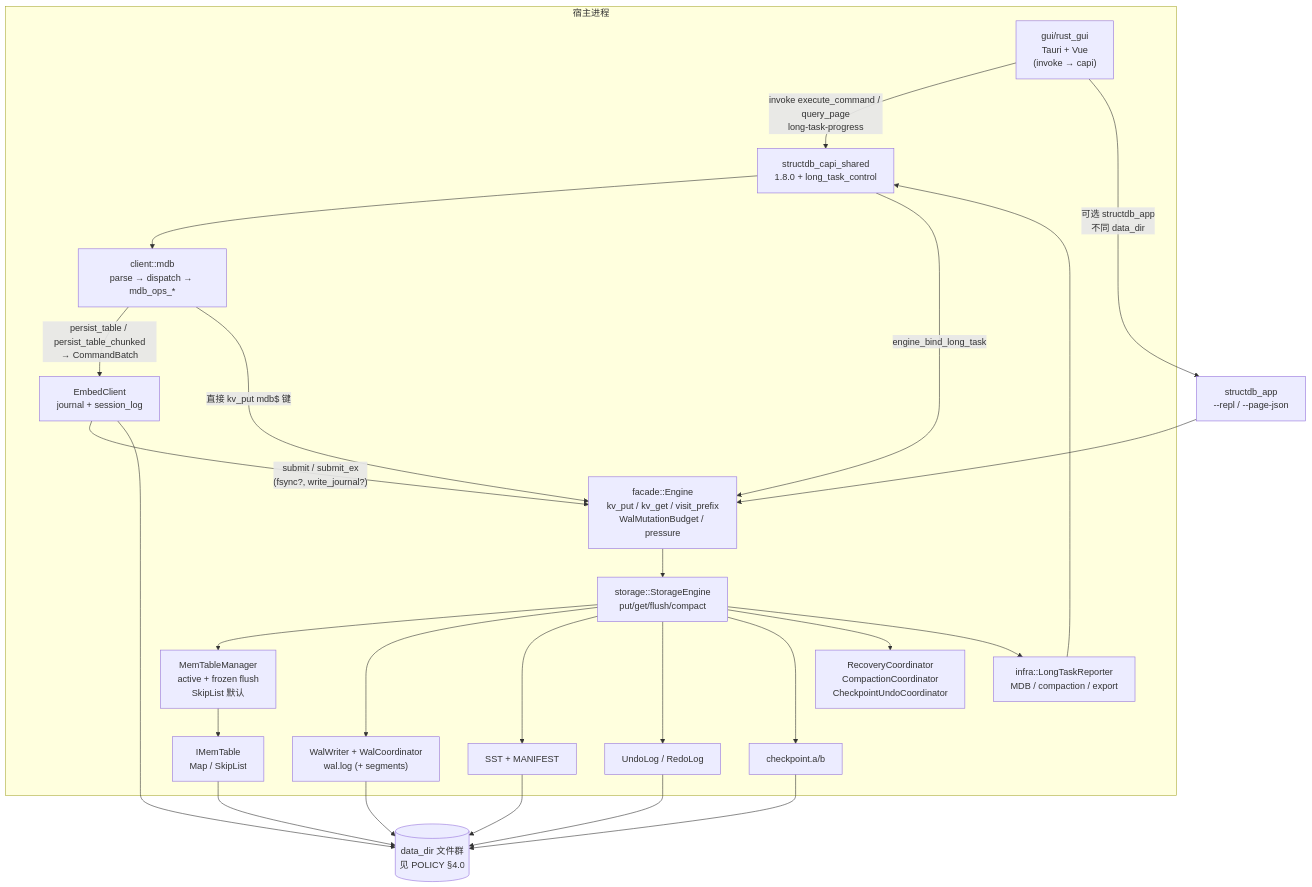
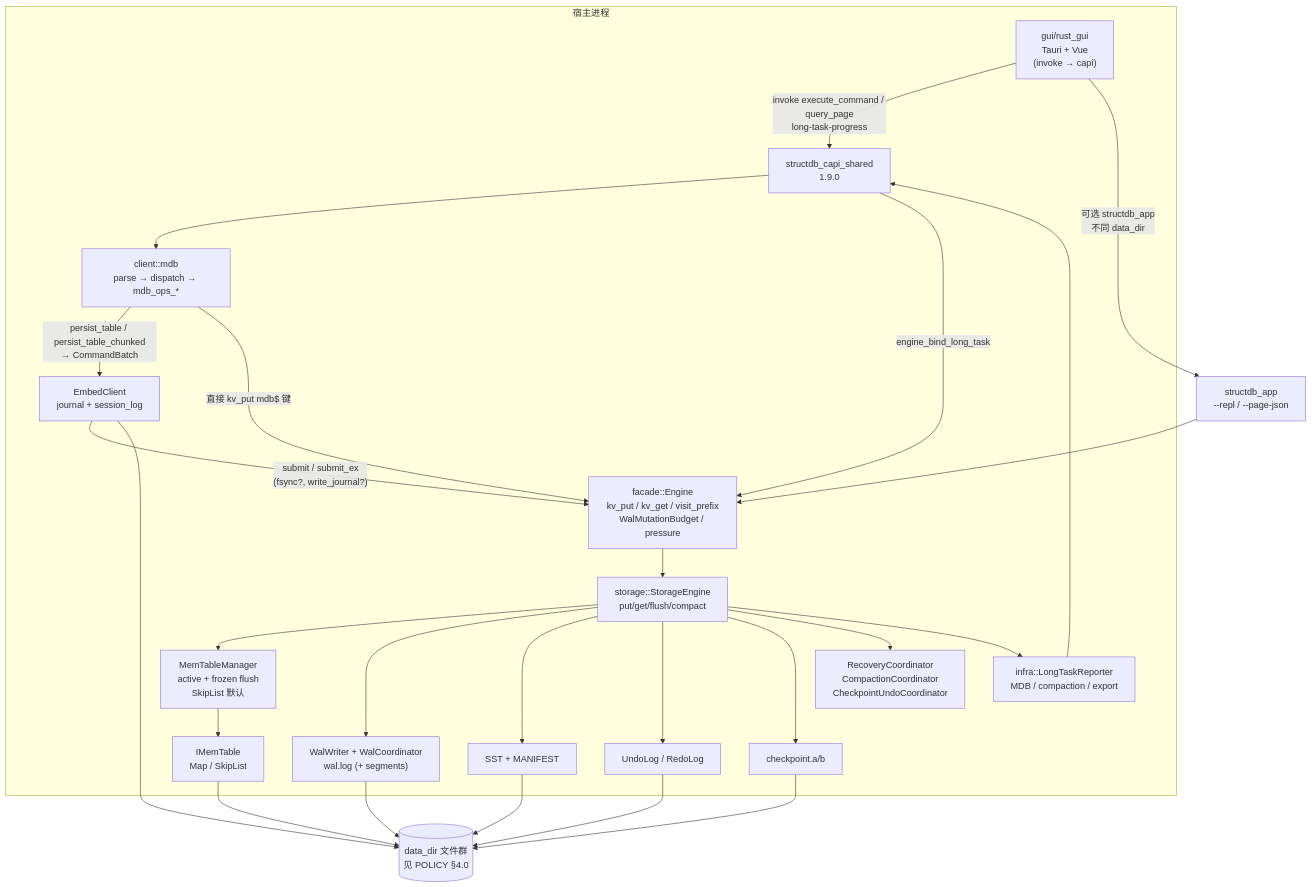
One commit to skyline019/database changed the first of 7 diagrams in Docs/ARCHITECTURE.md. Above: the diagram before and after it, drawn with Mermaid. The commit also changed other lines of this file and 7 other files, not shown here.

Commit message:
fix: sync capi_shared_smoke to C API 1.9.0; remove unused paging helpers

````diff
--- a/Docs/ARCHITECTURE.md
+++ b/Docs/ARCHITECTURE.md
@@ -31,45 +31,45 @@
 ```mermaid
 flowchart TB
   subgraph Host["宿主进程"]
     GUI["gui/rust_gui\nTauri + Vue\n(invoke → capi)"]
-    CAPI["structdb_capi_shared\n1.8.0 + long_task_control"]
+    CAPI["structdb_capi_shared\n1.9.0"]
     MDB["client::mdb\nparse → dispatch → mdb_ops_*"]
     LOG["EmbedClient\njournal + session_log"]
     ENG["facade::Engine\nkv_put / kv_get / visit_prefix\nWalMutationBudget / pressure"]
     SE["storage::StorageEngine\nput/get/flush/compact"]
     MTM["MemTableManager\nactive + frozen flush\nSkipList 默认"]
     WAL["WalWriter + WalCoordinator\nwal.log (+ segments)"]
     MEM["IMemTable\nMap / SkipList"]
     SST["SST + MANIFEST"]
     UNDO["UndoLog / RedoLog"]
     CKPT["checkpoint.a/b"]
     LT["infra::LongTaskReporter\nMDB / compaction / export"]
     COORD["RecoveryCoordinator\nCompactionCoordinator\nCheckpointUndoCoordinator"]
   end
   Disk[("data_dir 文件群\n见 POLICY §4.0")]
 
   GUI -->|"invoke execute_command / query_page\nlong-task-progress"| CAPI
   GUI -->|"可选 structdb_app\n不同 data_dir"| APP["structdb_app\n--repl / --page-json"]
   APP --> ENG
   CAPI --> MDB
   CAPI -->|"engine_bind_long_task"| ENG
   MDB -->|"persist_table / persist_table_chunked\n→ CommandBatch"| LOG
   LOG -->|"submit / submit_ex\n(fsync?, write_journal?)"| ENG
   MDB -->|"直接 kv_put mdb$ 键"| ENG
   ENG --> SE
   SE --> MTM
   MTM --> MEM
   SE --> WAL
   SE --> SST
   SE --> UNDO
   SE --> CKPT
   SE --> COORD
   SE --> LT
   LT --> CAPI
   WAL --> Disk
   MEM --> Disk
   SST --> Disk
   UNDO --> Disk
   CKPT --> Disk
   LOG --> Disk
 ```
````
